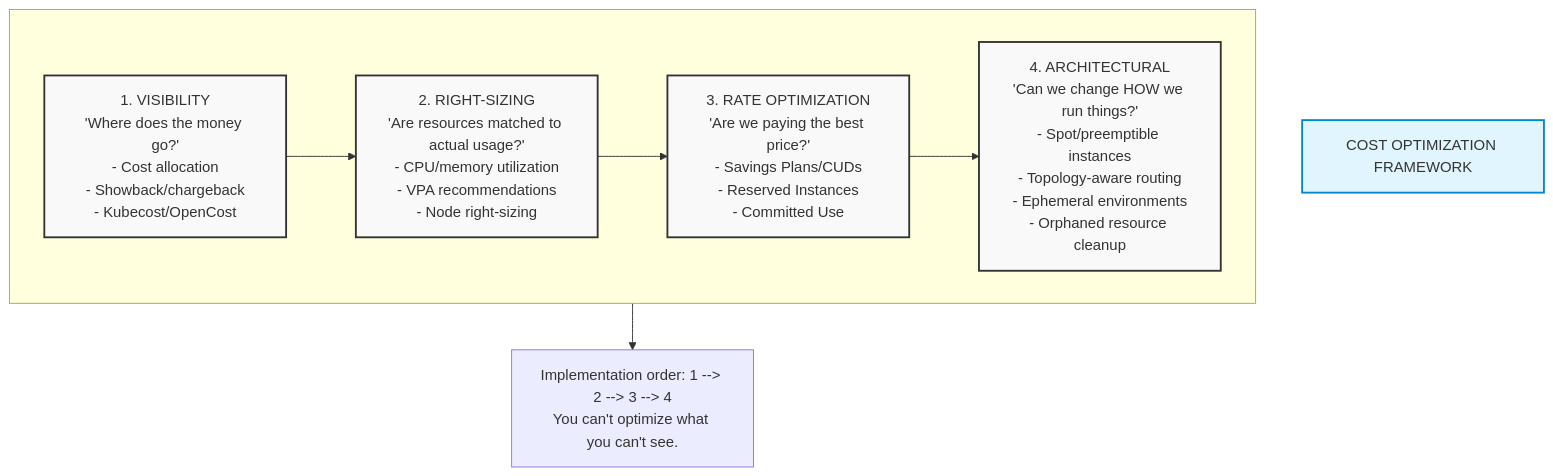
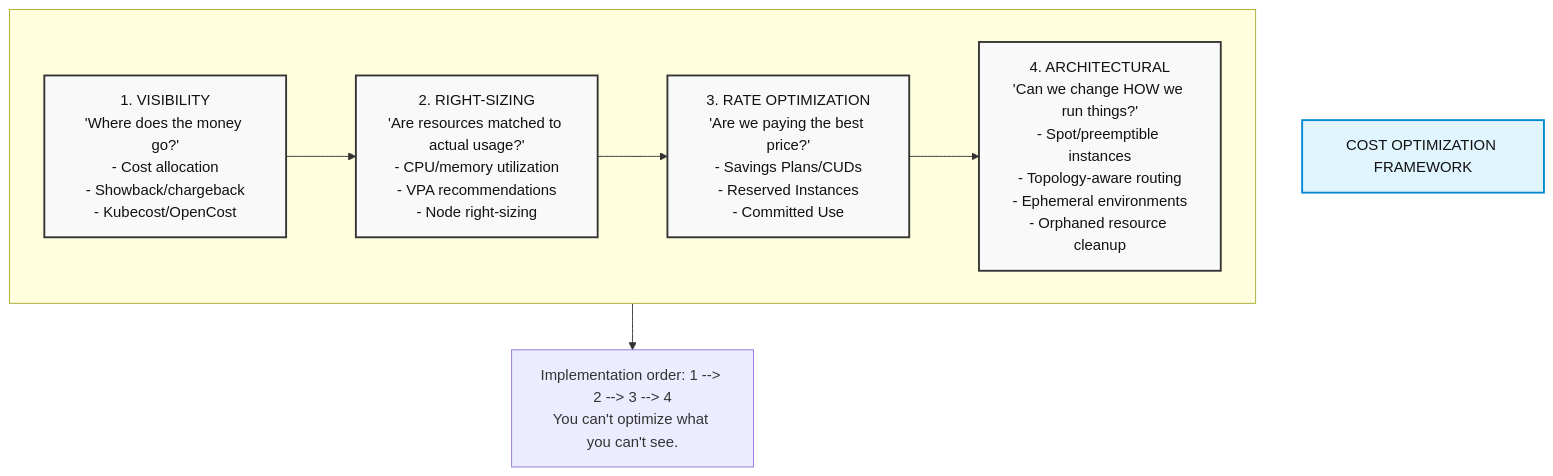
One commit to kube-dojo/kube-dojo.github.io changed the first of 5 diagrams in src/content/docs/cloud/advanced-operations/module-8.8-cloud-cost.md. Above: the diagram before and after it, drawn with Mermaid. The commit also changed other lines of this file and 18 other files, not shown here.

Commit message:
docs: set readable Mermaid foreground colors (#3442)

````diff
--- a/src/content/docs/cloud/advanced-operations/module-8.8-cloud-cost.md
+++ b/src/content/docs/cloud/advanced-operations/module-8.8-cloud-cost.md
@@ -63,20 +63,20 @@
 ```mermaid
 graph TD
-    classDef pillar fill:#f9f9f9,stroke:#333,stroke-width:2px;
-    classDef header fill:#e1f5fe,stroke:#0288d1,stroke-width:2px;
+    classDef pillar fill:#f9f9f9,color:#111,stroke:#333,stroke-width:2px;
+    classDef header fill:#e1f5fe,color:#111,stroke:#0288d1,stroke-width:2px;
 
     title[COST OPTIMIZATION FRAMEWORK]:::header
 
     subgraph OptimizationProcess [ ]
         direction LR
         P1["1. VISIBILITY<br/>'Where does the money go?'<br/>- Cost allocation<br/>- Showback/chargeback<br/>- Kubecost/OpenCost"]:::pillar
         P2["2. RIGHT-SIZING<br/>'Are resources matched to actual usage?'<br/>- CPU/memory utilization<br/>- VPA recommendations<br/>- Node right-sizing"]:::pillar
         P3["3. RATE OPTIMIZATION<br/>'Are we paying the best price?'<br/>- Savings Plans/CUDs<br/>- Reserved Instances<br/>- Committed Use"]:::pillar
         P4["4. ARCHITECTURAL<br/>'Can we change HOW we run things?'<br/>- Spot/preemptible instances<br/>- Topology-aware routing<br/>- Ephemeral environments<br/>- Orphaned resource cleanup"]:::pillar
 
         P1 --> P2 --> P3 --> P4
     end
     
     note[Implementation order: 1 --> 2 --> 3 --> 4<br/>You can't optimize what you can't see.]
     OptimizationProcess --> note
 ```
````
